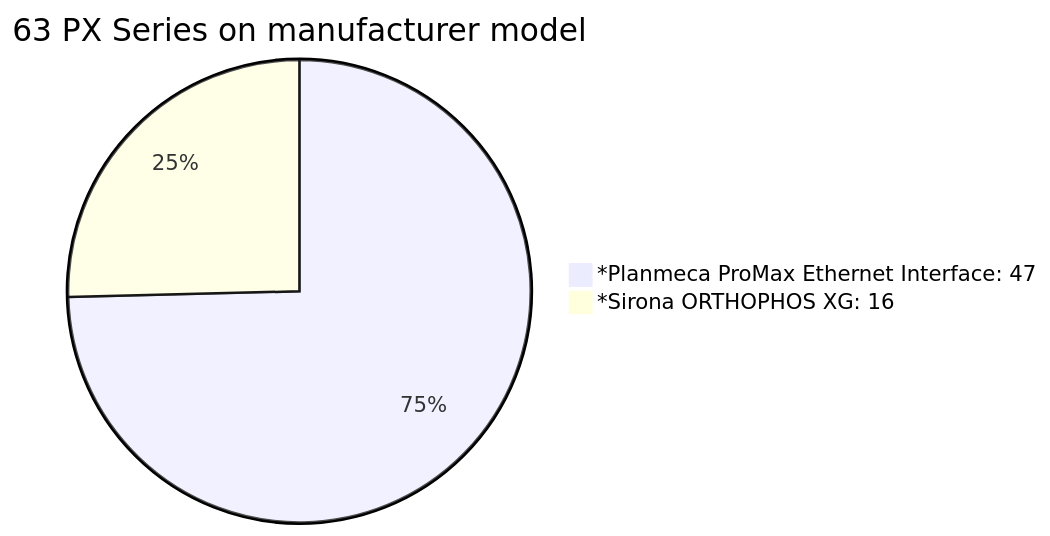
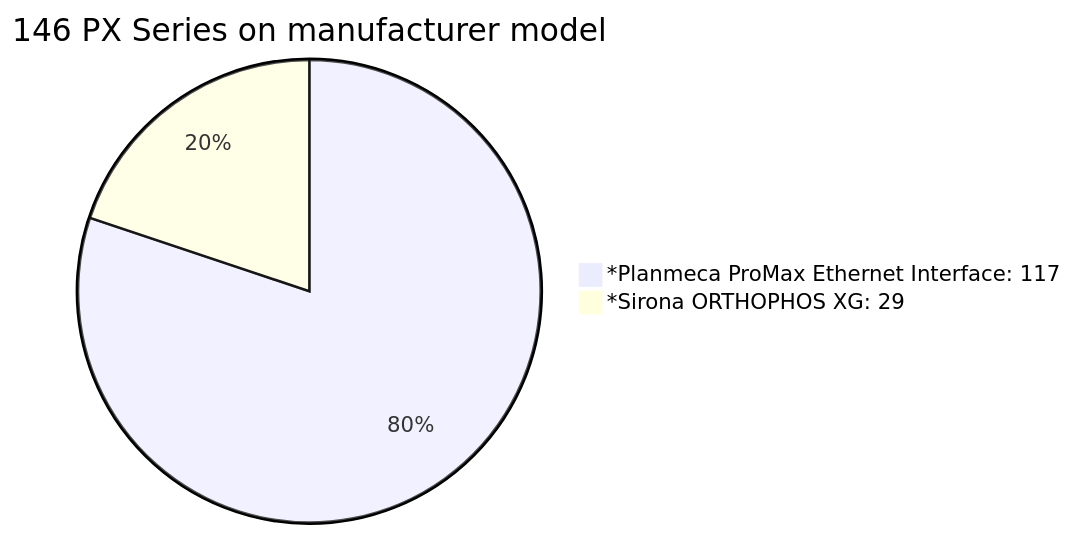
Before and after one commit to doidio/nonapx: the fourth of 5 diagrams in SUMMARY.md, drawn with Mermaid. The commit also changed other lines of this file and 1 other file, not shown here.

Commit message:
chore: update modality distribution statistics and manufacturer model breakdown in SUMMARY.md

````diff
--- a/SUMMARY.md
+++ b/SUMMARY.md
@@ -46,5 +46,5 @@
 ```mermaid
-pie title 63 PX Series on manufacturer model
-    "*Planmeca ProMax Ethernet Interface: 47" : 47
-    "*Sirona ORTHOPHOS XG: 16" : 16
+pie title 146 PX Series on manufacturer model
+    "*Planmeca ProMax Ethernet Interface: 117" : 117
+    "*Sirona ORTHOPHOS XG: 29" : 29
 ```
````
